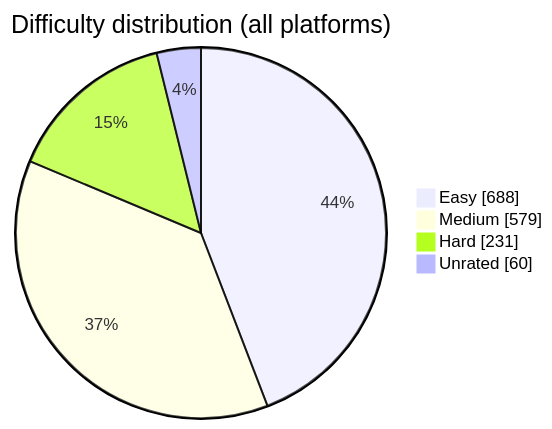
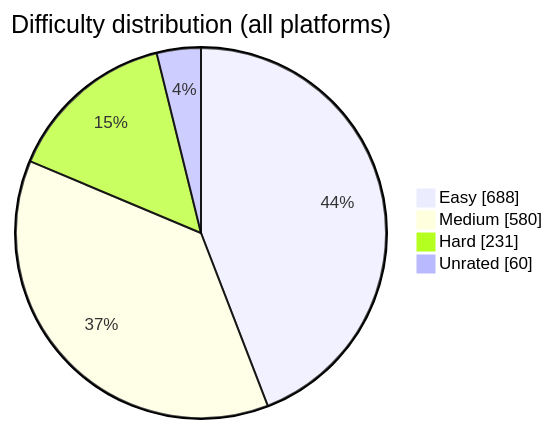
Before and after one commit to BuildbyArindam/Daily-Coding-Log: the diagram in README.md, drawn with Mermaid. The commit also changed other lines of this file, not shown here.

````diff
--- a/README.md
+++ b/README.md
@@ -93,7 +93,7 @@
 ```mermaid
 pie showData title Difficulty distribution (all platforms)
     "Easy" : 688
-    "Medium" : 579
+    "Medium" : 580
     "Hard" : 231
     "Unrated" : 60
 ```
````
